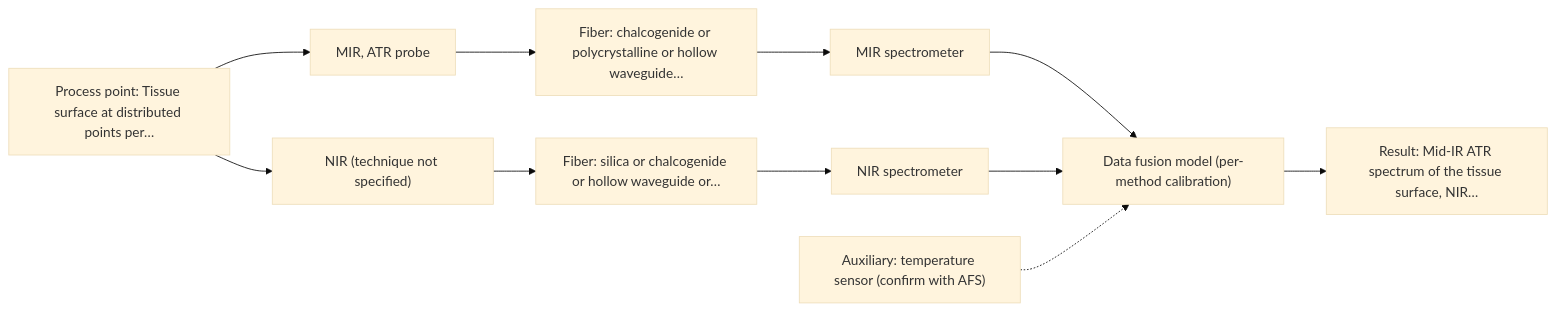
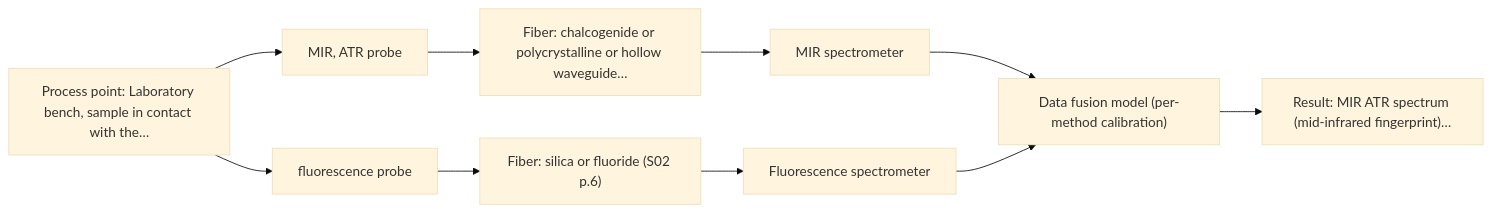
The second of 2 diagrams in outputs/dev/D08.md (sleipnir029/Afs-Spectroscopy-Assistant), drawn with Mermaid (base theme) before and after one commit. The commit also changed other lines of this file and 15 other files, not shown here.

Commit message:
3.R4 dev outputs: 8/8 pass, 0 hard failures, 236/236 citations, 14/14 charts, 8/8 cost classes

````diff
--- a/outputs/dev/D08.md
+++ b/outputs/dev/D08.md
@@ -62,23 +92,21 @@
 ```mermaid
 flowchart LR
-    proc["Process point: Tissue surface at distributed points per…"]
+    proc["Process point: Laboratory bench, sample in contact with the…"]
     probe1["MIR, ATR probe"]
     fiber1["Fiber: chalcogenide or polycrystalline or hollow waveguide…"]
     spec1["MIR spectrometer"]
-    probe2["NIR (technique not specified)"]
-    fiber2["Fiber: silica or chalcogenide or hollow waveguide or…"]
-    spec2["NIR spectrometer"]
+    probe2["fluorescence probe"]
+    fiber2["Fiber: silica or fluoride (S02 p.6)"]
+    spec2["Fluorescence spectrometer"]
     model["Data fusion model (per-method calibration)"]
-    result["Result: Mid-IR ATR spectrum of the tissue surface, NIR…"]
-    aux1["Auxiliary: temperature sensor (confirm with AFS)"]
+    result["Result: MIR ATR spectrum (mid-infrared fingerprint)…"]
     proc --> probe1
     probe1 --> fiber1
     fiber1 --> spec1
     spec1 --> model
     proc --> probe2
     probe2 --> fiber2
     fiber2 --> spec2
     spec2 --> model
     model --> result
-    aux1 -.-> model
 ```
````
